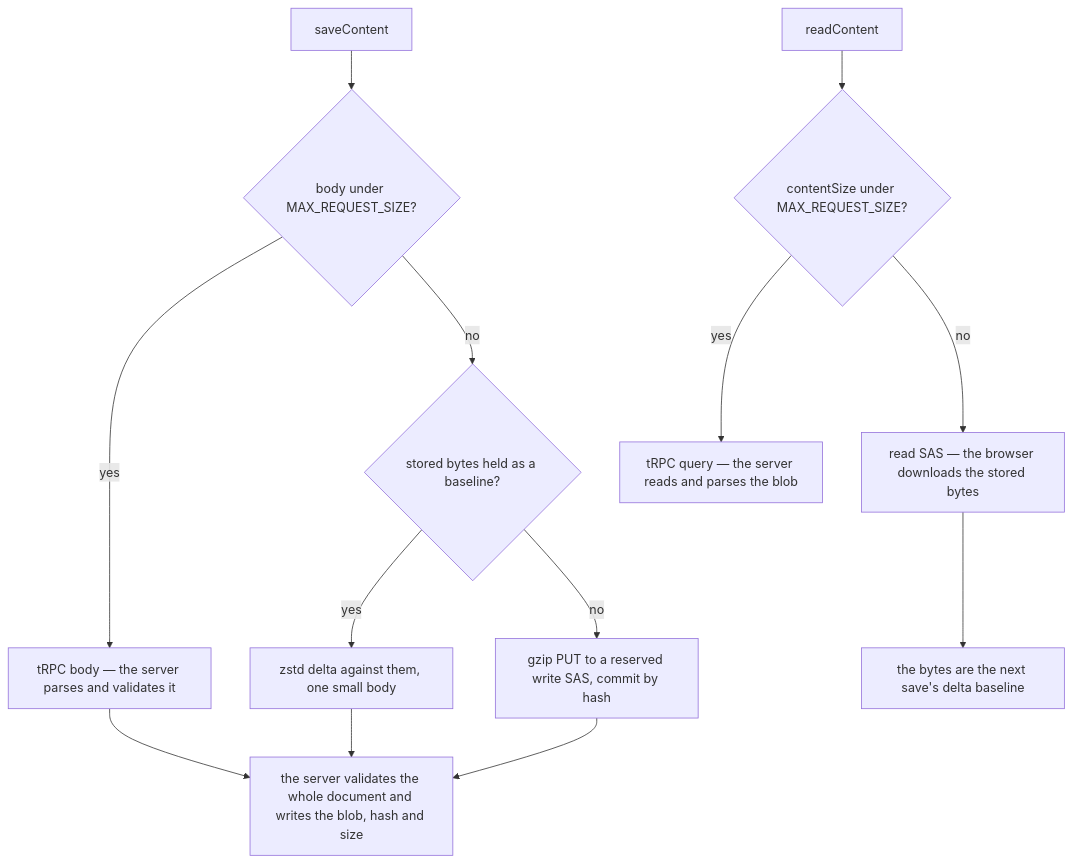
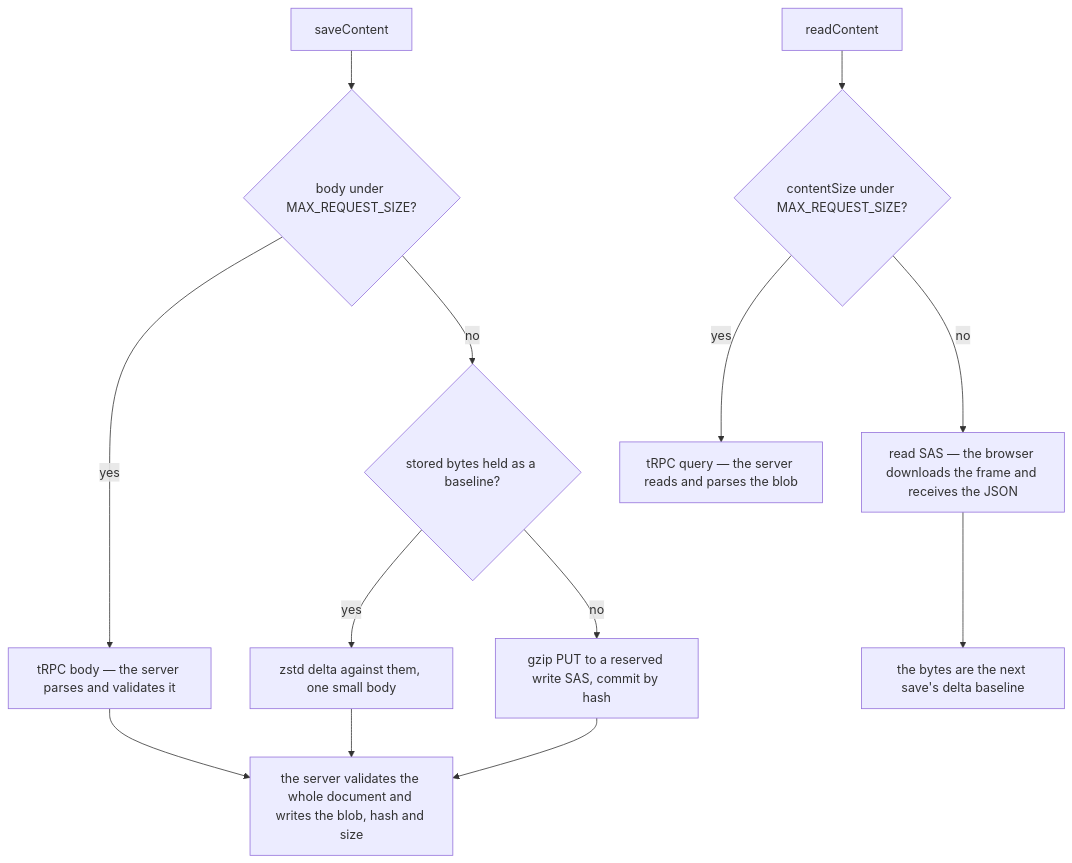
One commit to Esposter/Esposter changed the diagram in apps/web/content/docs/architecture/large-documents.md. Above: the diagram before and after it, drawn with Mermaid. The commit also changed other lines of this file and 35 other files, not shown here.

````diff
--- a/apps/web/content/docs/architecture/large-documents.md
+++ b/apps/web/content/docs/architecture/large-documents.md
@@ -15,15 +15,15 @@
 ```mermaid
 flowchart TD
   save["saveContent"] --> body{"body under MAX_REQUEST_SIZE?"}
   body -->|yes| inline["tRPC body — the server parses and validates it"]
   body -->|no| baseline{"stored bytes held as a baseline?"}
   baseline -->|yes| delta["zstd delta against them, one small body"]
   baseline -->|no| staged["gzip PUT to a reserved write SAS, commit by hash"]
   delta --> validate["the server validates the whole document and writes the blob, hash and size"]
   staged --> validate
   inline --> validate
   read["readContent"] --> size{"contentSize under MAX_REQUEST_SIZE?"}
   size -->|yes| query["tRPC query — the server reads and parses the blob"]
-  size -->|no| sas["read SAS — the browser downloads the stored bytes"]
+  size -->|no| sas["read SAS — the browser downloads the frame and receives the JSON"]
   sas --> seed["the bytes are the next save's delta baseline"]
 ```
````
